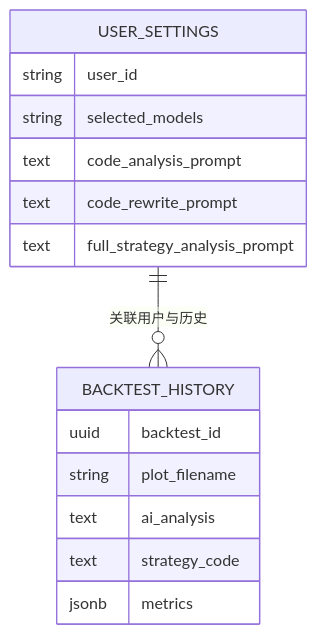
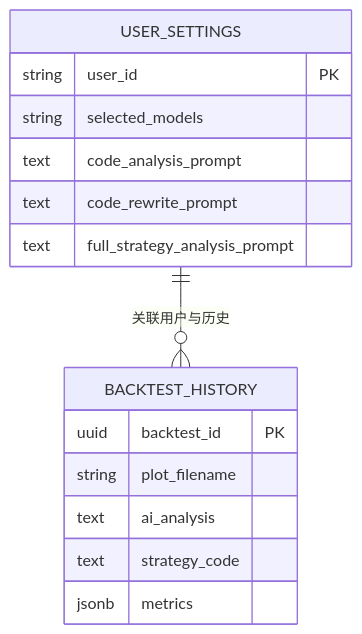
One commit to faryhuo/backtrader changed the seventh of 9 diagrams in .qoder/repowiki/zh/content/核心功能详解/AI智能分析.md. Above: the diagram before and after it, drawn with Mermaid. The commit also changed other lines of this file and 8 other files, not shown here.

````diff
--- a/.qoder/repowiki/zh/content/核心功能详解/AI智能分析.md
+++ b/.qoder/repowiki/zh/content/核心功能详解/AI智能分析.md
@@ -269,18 +365,18 @@
 ```mermaid
 erDiagram
 USER_SETTINGS {
-string user_id
+string user_id PK
 string selected_models
 text code_analysis_prompt
 text code_rewrite_prompt
 text full_strategy_analysis_prompt
 }
 BACKTEST_HISTORY {
-uuid backtest_id
+uuid backtest_id PK
 string plot_filename
 text ai_analysis
 text strategy_code
 jsonb metrics
 }
 USER_SETTINGS ||--o{ BACKTEST_HISTORY : "关联用户与历史"
 ```
````
